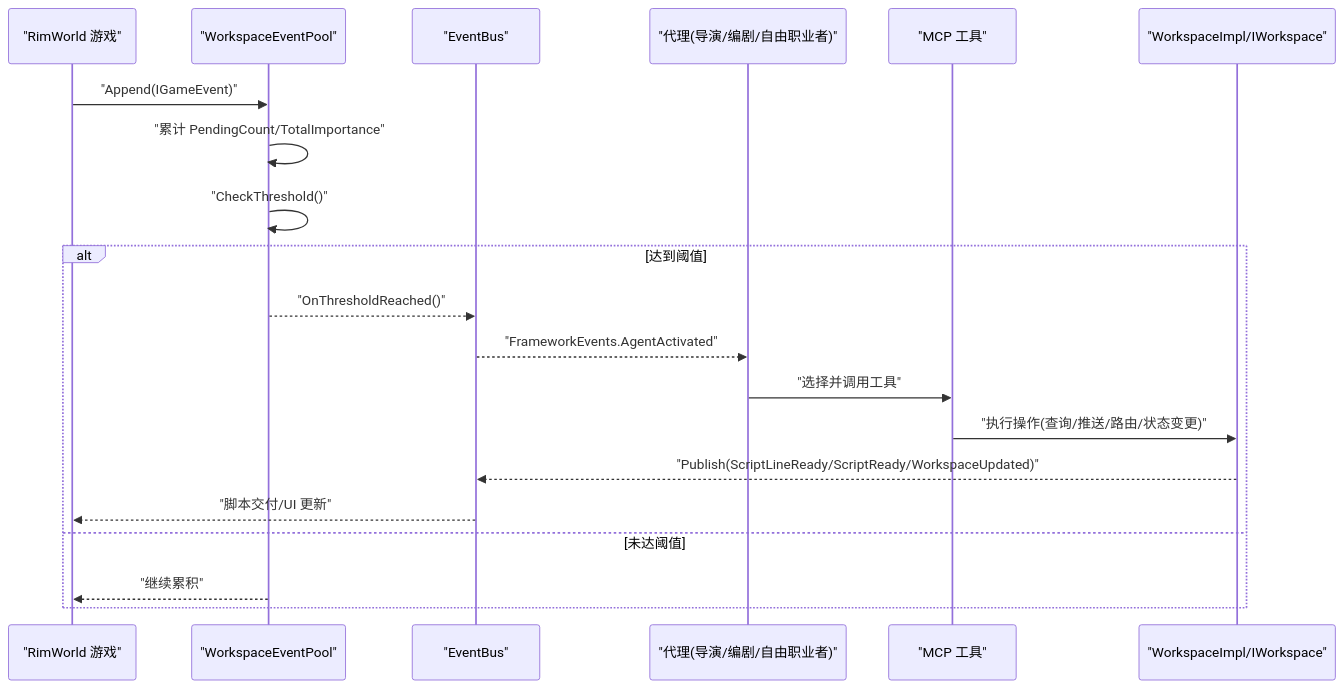
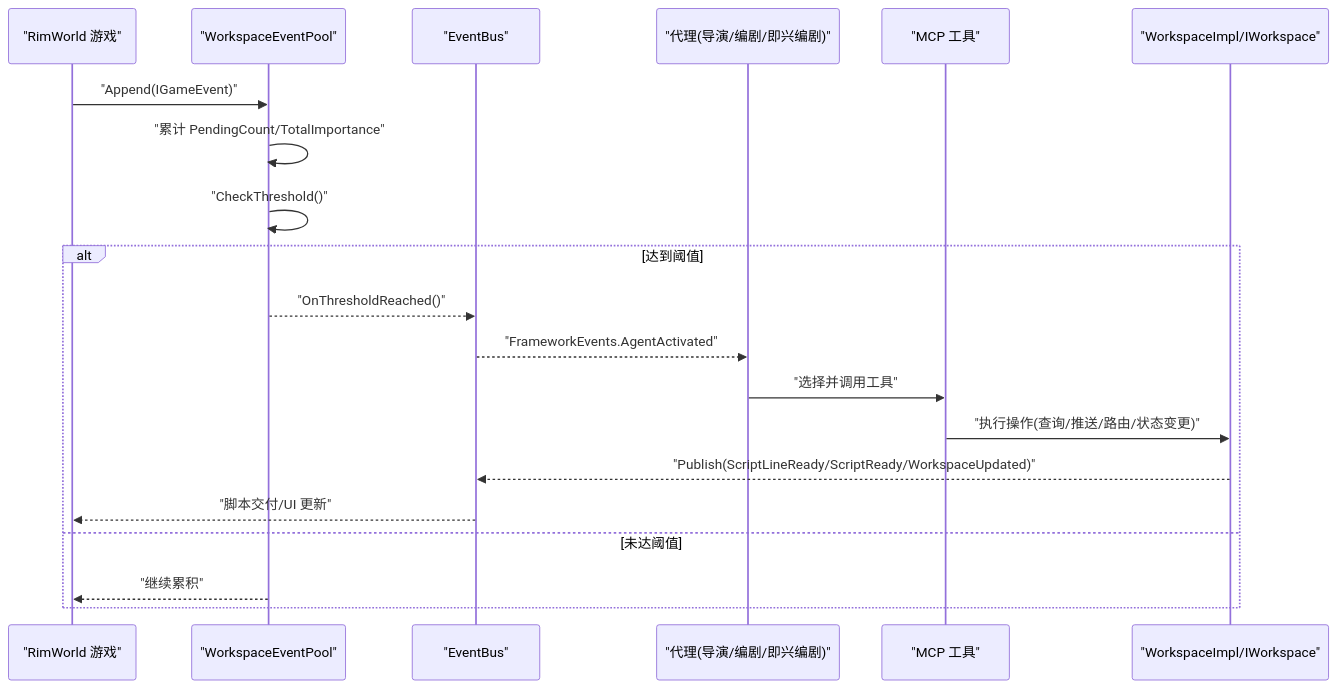
The second of 8 diagrams in .qoder/repowiki/zh/content/智能叙事系统/智能叙事系统.md (suzvka/RimLife), drawn with Mermaid before and after one commit. The commit also changed other lines of this file and 26 other files, not shown here.

````diff
--- a/.qoder/repowiki/zh/content/智能叙事系统/智能叙事系统.md
+++ b/.qoder/repowiki/zh/content/智能叙事系统/智能叙事系统.md
@@ -127,22 +138,22 @@
 ```mermaid
 sequenceDiagram
 participant Game as "RimWorld 游戏"
 participant Pool as "WorkspaceEventPool"
 participant Bus as "EventBus"
-participant Agent as "代理(导演/编剧/自由职业者)"
+participant Agent as "代理(导演/编剧/即兴编剧)"
 participant Tools as "MCP 工具"
 participant WS as "WorkspaceImpl/IWorkspace"
 Game->>Pool : "Append(IGameEvent)"
 Pool->>Pool : "累计 PendingCount/TotalImportance"
 Pool->>Pool : "CheckThreshold()"
 alt 达到阈值
 Pool-->>Bus : "OnThresholdReached()"
 Bus-->>Agent : "FrameworkEvents.AgentActivated"
 Agent->>Tools : "选择并调用工具"
 Tools->>WS : "执行操作(查询/推送/路由/状态变更)"
 WS-->>Bus : "Publish(ScriptLineReady/ScriptReady/WorkspaceUpdated)"
 Bus-->>Game : "脚本交付/UI 更新"
 else 未达阈值
 Pool-->>Game : "继续累积"
 end
 ```
````
